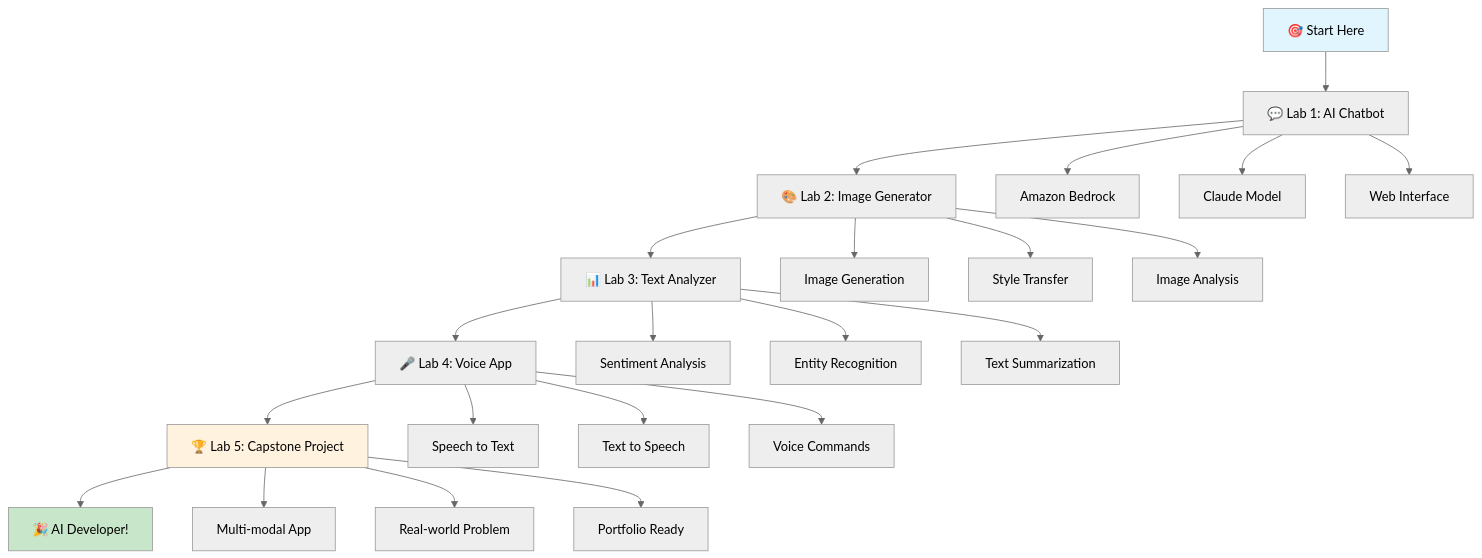
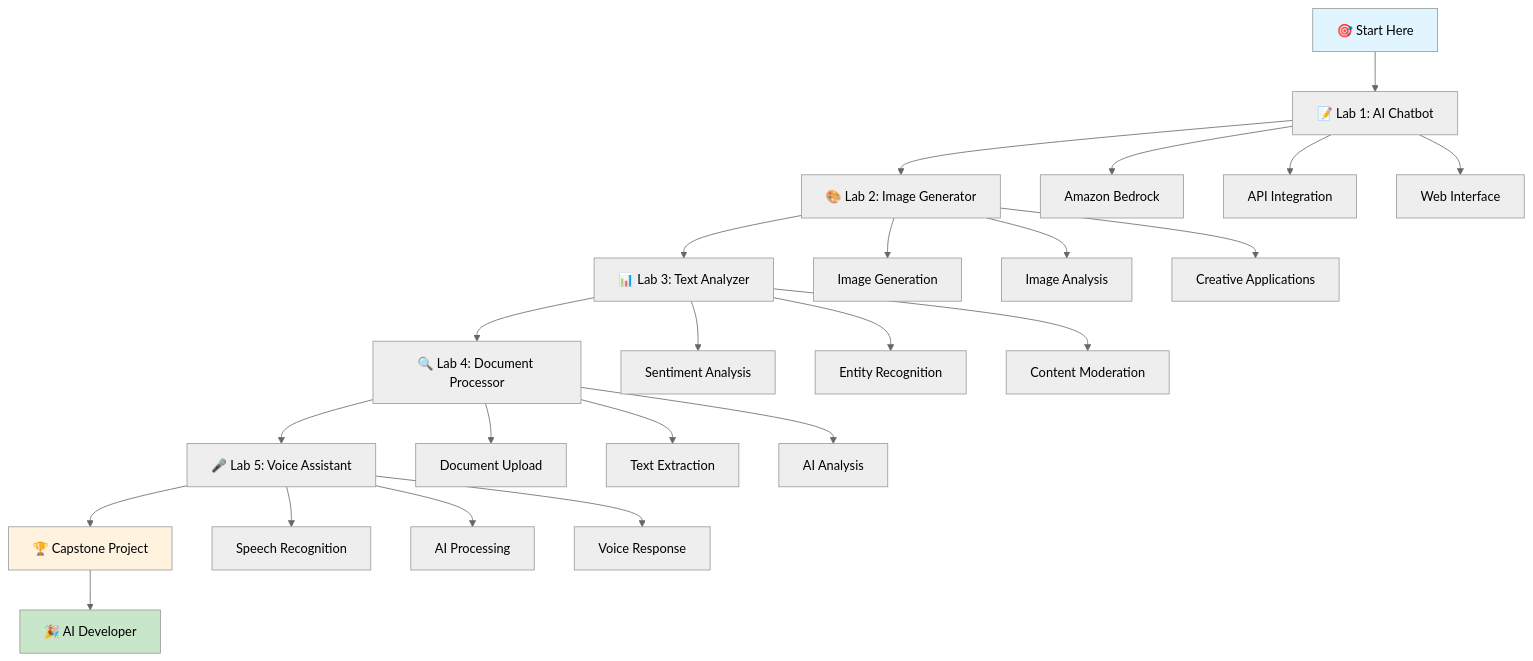
One commit to pxkundu/aws-genai-labs-builder changed the diagram in resources/learning-paths/beginner/hands-on-labs/README.md. Above: the diagram before and after it, drawn with Mermaid (neutral theme). The commit also changed other lines of this file and 7 other files, not shown here.

````diff
--- a/resources/learning-paths/beginner/hands-on-labs/README.md
+++ b/resources/learning-paths/beginner/hands-on-labs/README.md
@@ -20,33 +11,34 @@
 ```mermaid
 graph TD
-    A[🎯 Start Here] --> B[💬 Lab 1: AI Chatbot]
+    A[🎯 Start Here] --> B[📝 Lab 1: AI Chatbot]
     B --> C[🎨 Lab 2: Image Generator]
     C --> D[📊 Lab 3: Text Analyzer]
-    D --> E[🎤 Lab 4: Voice App]
-    E --> F[🏆 Lab 5: Capstone Project]
-    F --> G[🎉 AI Developer!]
+    D --> E[🔍 Lab 4: Document Processor]
+    E --> F[🎤 Lab 5: Voice Assistant]
+    F --> G[🏆 Capstone Project]
+    G --> H[🎉 AI Developer]
     
     B --> B1[Amazon Bedrock]
-    B --> B2[Claude Model]
+    B --> B2[API Integration]
     B --> B3[Web Interface]
     
     C --> C1[Image Generation]
-    C --> C2[Style Transfer]
-    C --> C3[Image Analysis]
+    C --> C2[Image Analysis]
+    C --> C3[Creative Applications]
     
     D --> D1[Sentiment Analysis]
     D --> D2[Entity Recognition]
-    D --> D3[Text Summarization]
+    D --> D3[Content Moderation]
     
-    E --> E1[Speech to Text]
-    E --> E2[Text to Speech]
-    E --> E3[Voice Commands]
+    E --> E1[Document Upload]
+    E --> E2[Text Extraction]
+    E --> E3[AI Analysis]
     
-    F --> F1[Multi-modal App]
-    F --> F2[Real-world Problem]
-    F --> F3[Portfolio Ready]
+    F --> F1[Speech Recognition]
+    F --> F2[AI Processing]
+    F --> F3[Voice Response]
     
     style A fill:#e1f5fe
-    style G fill:#c8e6c9
-    style F fill:#fff3e0
+    style H fill:#c8e6c9
+    style G fill:#fff3e0
 ```
````
